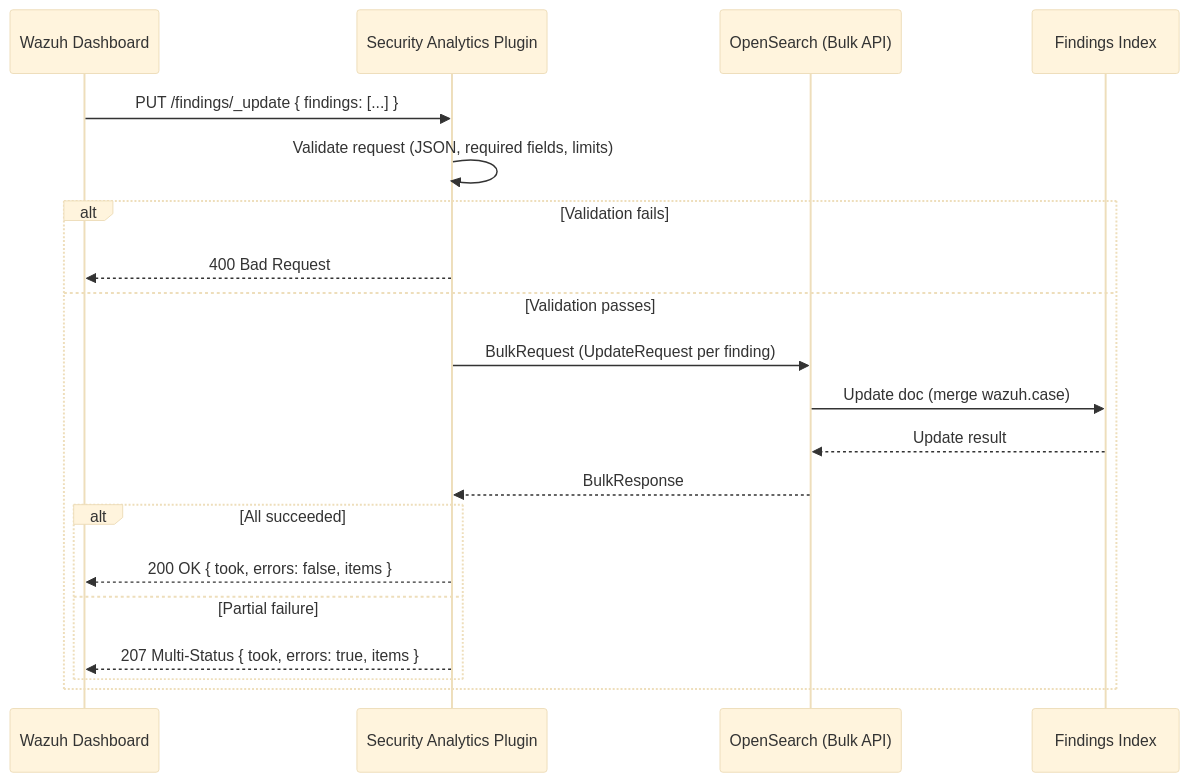
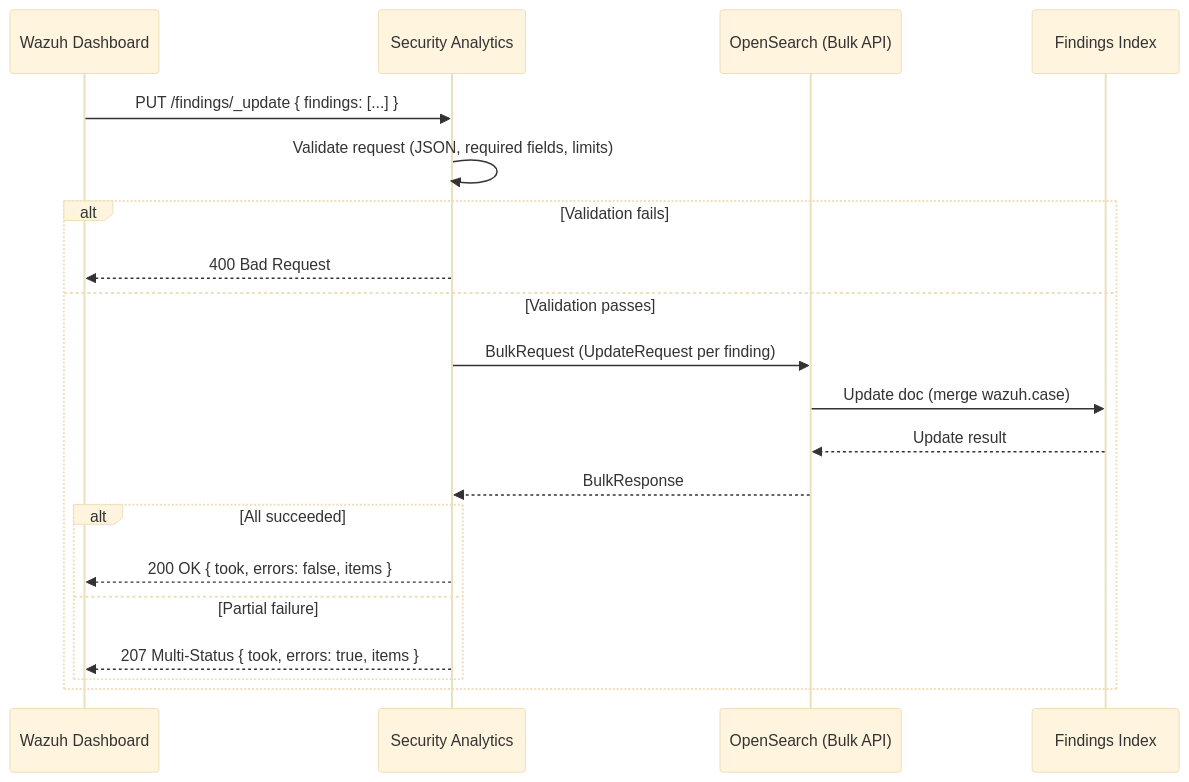
One commit to wazuh/wazuh-indexer-plugins changed the second of 2 diagrams in docs/dev/plugins/security-analytics.md. Above: the diagram before and after it, drawn with Mermaid (base theme). The commit also changed other lines of this file and 41 other files, not shown here.

````diff
--- a/docs/dev/plugins/security-analytics.md
+++ b/docs/dev/plugins/security-analytics.md
@@ -97,23 +217,23 @@
 ```mermaid
 sequenceDiagram
     participant UI as Wazuh Dashboard
-    participant SAP as Security Analytics Plugin
+    participant SA as Security Analytics
     participant OS as OpenSearch (Bulk API)
     participant FI as Findings Index
 
-    UI->>SAP: PUT /findings/_update { findings: [...] }
-    SAP->>SAP: Validate request (JSON, required fields, limits)
+    UI->>SA: PUT /findings/_update { findings: [...] }
+    SA->>SA: Validate request (JSON, required fields, limits)
     alt Validation fails
-        SAP-->>UI: 400 Bad Request
+        SA-->>UI: 400 Bad Request
     else Validation passes
-        SAP->>OS: BulkRequest (UpdateRequest per finding)
+        SA->>OS: BulkRequest (UpdateRequest per finding)
         OS->>FI: Update doc (merge wazuh.case)
         FI-->>OS: Update result
-        OS-->>SAP: BulkResponse
+        OS-->>SA: BulkResponse
         alt All succeeded
-            SAP-->>UI: 200 OK { took, errors: false, items }
+            SA-->>UI: 200 OK { took, errors: false, items }
         else Partial failure
-            SAP-->>UI: 207 Multi-Status { took, errors: true, items }
+            SA-->>UI: 207 Multi-Status { took, errors: true, items }
         end
     end
 ```
````
